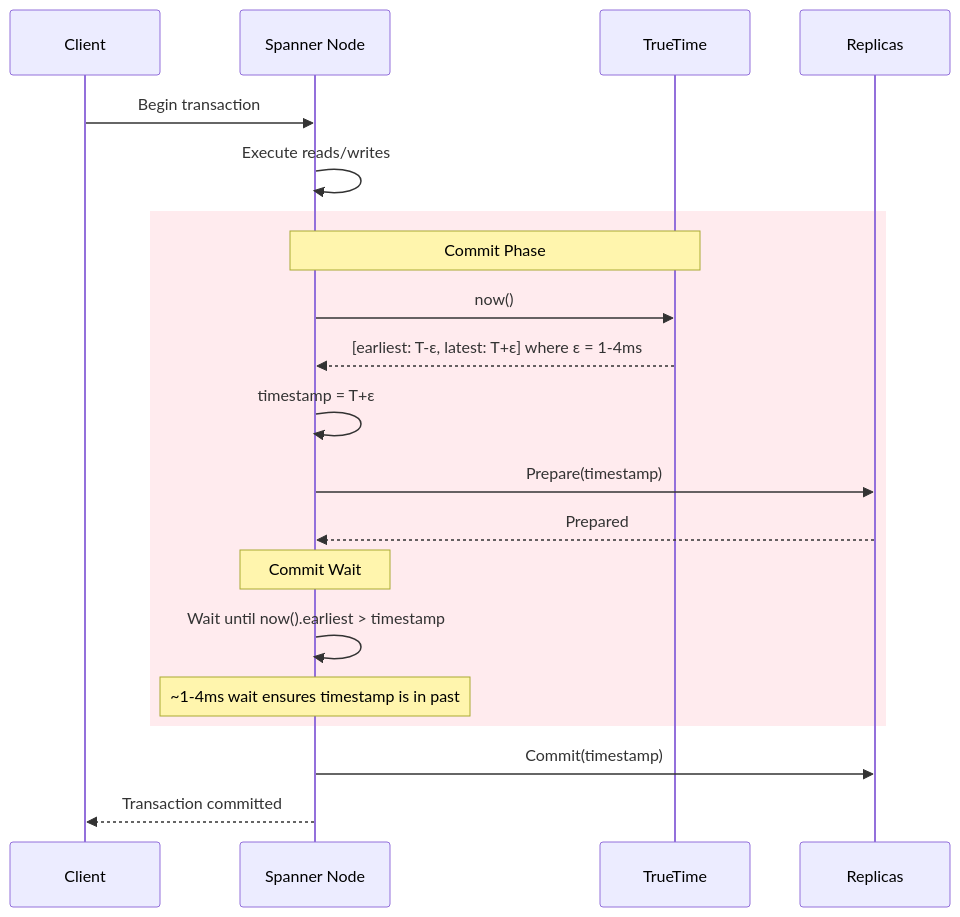
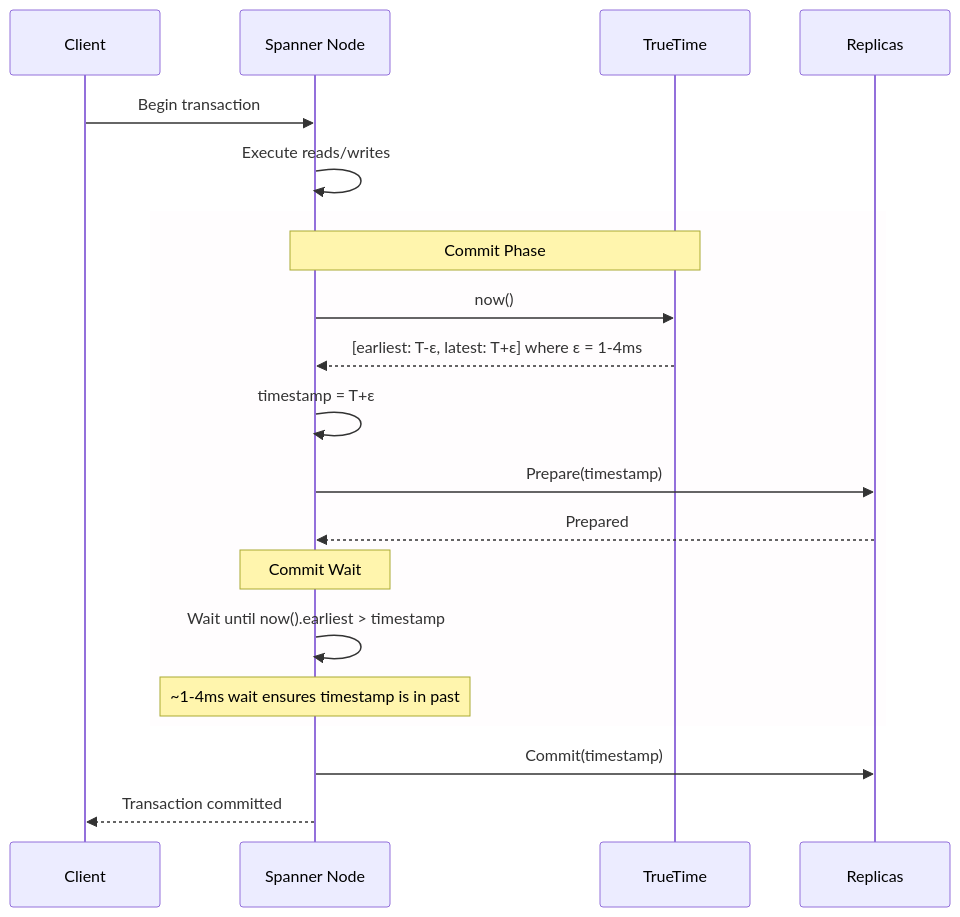
Before and after one commit to deepaucksharma/DStudio: diagram 33 of 39 in docs/part2-pillars/truth/index.md, drawn with Mermaid. The commit also changed other lines of this file and 57 other files, not shown here.

First line of the commit message:
Fix Mermaid v11.9.0 syntax compatibility and cleanup project structure

````diff
--- a/docs/part2-pillars/truth/index.md
+++ b/docs/part2-pillars/truth/index.md
@@ -1278,26 +1282,26 @@
 ```mermaid
 sequenceDiagram
     participant C as Client
     participant S as Spanner Node
     participant TT as TrueTime
     participant R as Replicas
     
     C->>S: Begin transaction
     S->>S: Execute reads/writes
     
-    rect rgb(255, 235, 238)
+    rect rgba(255, 235, 238, 0.1)
         Note over S,TT: Commit Phase
         S->>TT: now()
         TT-->>S: [earliest: T-ε, latest: T+ε] where ε = 1-4ms
         S->>S: timestamp = T+ε
         S->>R: Prepare(timestamp)
         R-->>S: Prepared
         
         Note over S: Commit Wait
         S->>S: Wait until now().earliest > timestamp
         Note over S: ~1-4ms wait ensures timestamp is in past
     end
     
     S->>R: Commit(timestamp)
     S-->>C: Transaction committed
 ```
````
